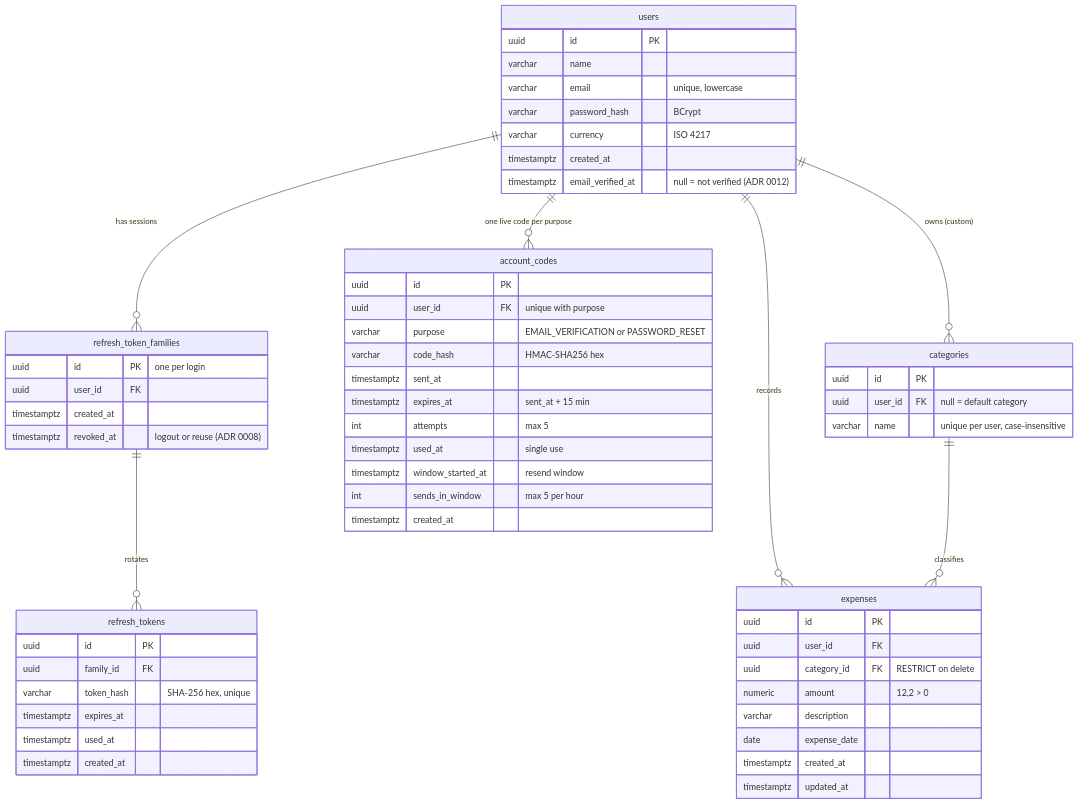
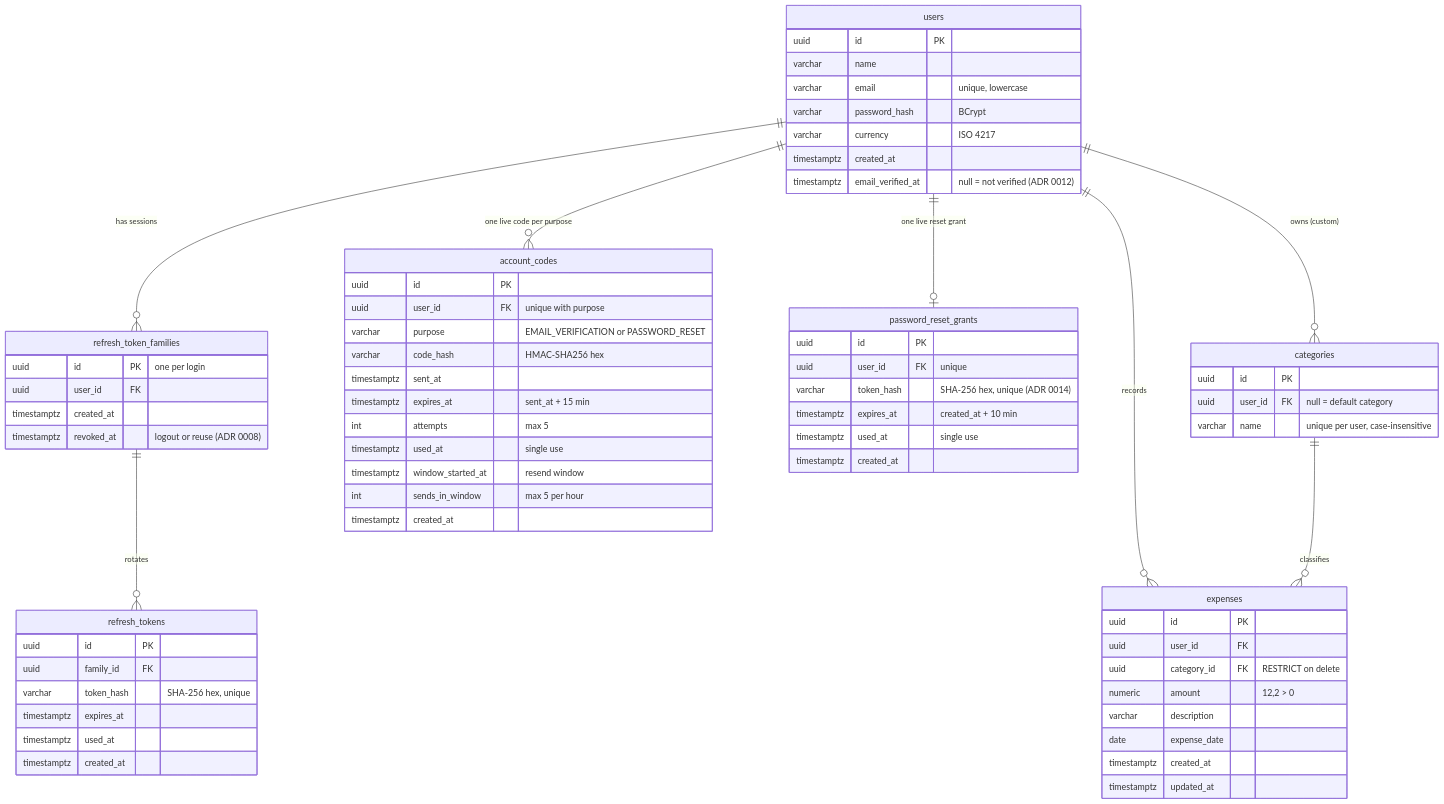
One commit to YuleHohenfeld/snapledger changed the sixth of 6 diagrams in docs/architecture.md. Above: the diagram before and after it, drawn with Mermaid. The commit also changed 9 other files, not shown here.

Commit message:
docs: add adr 0014 and update contract, notes and roadmap for the reset token and otp screens

````diff
--- a/docs/architecture.md
+++ b/docs/architecture.md
@@ -154,61 +154,70 @@
 ```mermaid
 erDiagram
     users ||--o{ refresh_token_families : "has sessions"
     users ||--o{ account_codes : "one live code per purpose"
+    users ||--o| password_reset_grants : "one live reset grant"
     refresh_token_families ||--o{ refresh_tokens : "rotates"
     users ||--o{ categories : "owns (custom)"
     users ||--o{ expenses : records
     categories ||--o{ expenses : classifies
 
     users {
         uuid id PK
         varchar name
         varchar email "unique, lowercase"
         varchar password_hash "BCrypt"
         varchar currency "ISO 4217"
         timestamptz created_at
         timestamptz email_verified_at "null = not verified (ADR 0012)"
     }
     account_codes {
         uuid id PK
         uuid user_id FK "unique with purpose"
         varchar purpose "EMAIL_VERIFICATION or PASSWORD_RESET"
         varchar code_hash "HMAC-SHA256 hex"
         timestamptz sent_at
         timestamptz expires_at "sent_at + 15 min"
         int attempts "max 5"
         timestamptz used_at "single use"
         timestamptz window_started_at "resend window"
         int sends_in_window "max 5 per hour"
+        timestamptz created_at
+    }
+    password_reset_grants {
+        uuid id PK
+        uuid user_id FK "unique"
+        varchar token_hash "SHA-256 hex, unique (ADR 0014)"
+        timestamptz expires_at "created_at + 10 min"
+        timestamptz used_at "single use"
         timestamptz created_at
     }
     refresh_token_families {
         uuid id PK "one per login"
         uuid user_id FK
         timestamptz created_at
         timestamptz revoked_at "logout or reuse (ADR 0008)"
     }
     refresh_tokens {
         uuid id PK
         uuid family_id FK
         varchar token_hash "SHA-256 hex, unique"
         timestamptz expires_at
         timestamptz used_at
         timestamptz created_at
     }
     categories {
         uuid id PK
         uuid user_id FK "null = default category"
         varchar name "unique per user, case-insensitive"
     }
     expenses {
         uuid id PK
         uuid user_id FK
         uuid category_id FK "RESTRICT on delete"
         numeric amount "12,2 > 0"
         varchar description
         date expense_date
         timestamptz created_at
         timestamptz updated_at
     }
 ```
````
